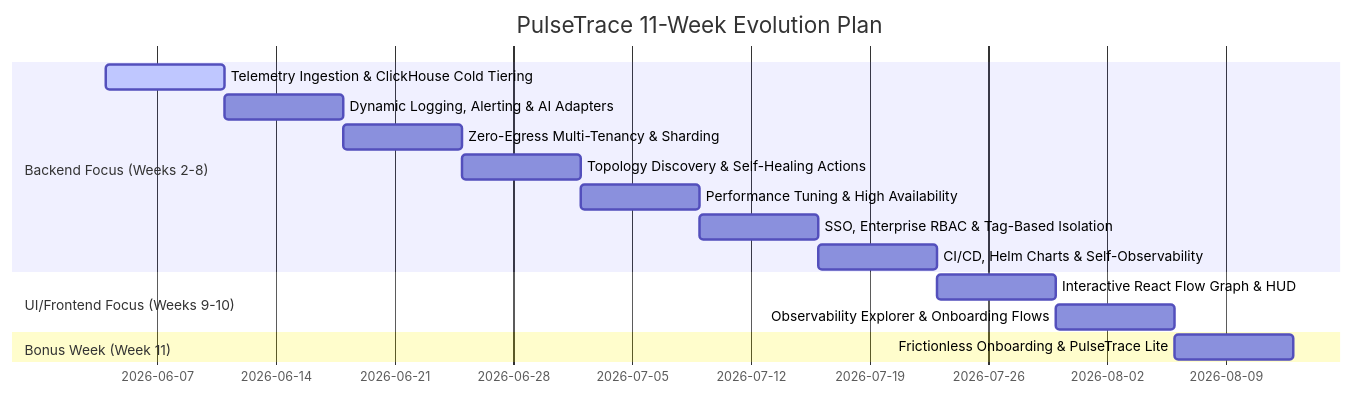
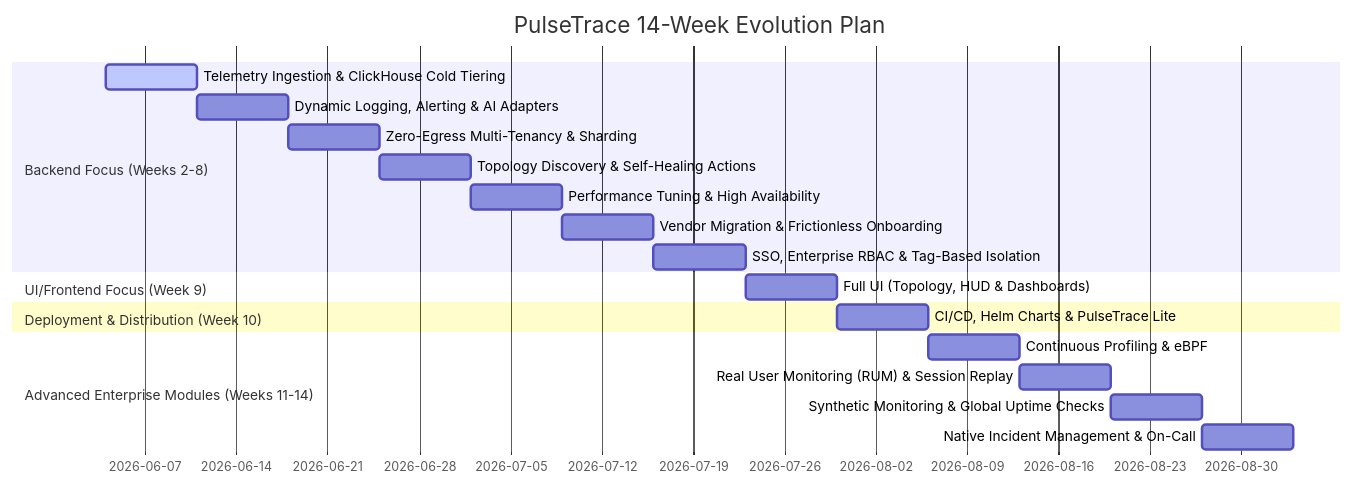
The diagram in ROADMAP.md (Abhidalbanjan/pulse-trace), drawn with Mermaid before and after one commit. The commit also changed other lines of this file and 137 other files, not shown here.

````diff
--- a/ROADMAP.md
+++ b/ROADMAP.md
@@ -9,18 +16,22 @@
 ```mermaid
 gantt
-    title PulseTrace 11-Week Evolution Plan
+    title PulseTrace 14-Week Evolution Plan
     dateFormat  YYYY-MM-DD
     section Backend Focus (Weeks 2-8)
     Telemetry Ingestion & ClickHouse Cold Tiering :active, w2, 2026-06-04, 7d
     Dynamic Logging, Alerting & AI Adapters      :w3, after w2, 7d
     Zero-Egress Multi-Tenancy & Sharding         :w4, after w3, 7d
     Topology Discovery & Self-Healing Actions    :w5, after w4, 7d
     Performance Tuning & High Availability        :w6, after w5, 7d
-    SSO, Enterprise RBAC & Tag-Based Isolation   :w7, after w6, 7d
-    CI/CD, Helm Charts & Self-Observability      :w8, after w7, 7d
-    section UI/Frontend Focus (Weeks 9-10)
-    Interactive React Flow Graph & HUD           :w9, after w8, 7d
-    Observability Explorer & Onboarding Flows      :w10, after w9, 7d
-    section Bonus Week (Week 11)
-    Frictionless Onboarding & PulseTrace Lite     :w11, after w10, 7d
+    Vendor Migration & Frictionless Onboarding    :w7, after w6, 7d
+    SSO, Enterprise RBAC & Tag-Based Isolation    :w8, after w7, 7d
+    section UI/Frontend Focus (Week 9)
+    Full UI (Topology, HUD & Dashboards)          :w9, after w8, 7d
+    section Deployment & Distribution (Week 10)
+    CI/CD, Helm Charts & PulseTrace Lite          :w10, after w9, 7d
+    section Advanced Enterprise Modules (Weeks 11-14)
+    Continuous Profiling & eBPF                   :w11, after w10, 7d
+    Real User Monitoring (RUM) & Session Replay   :w12, after w11, 7d
+    Synthetic Monitoring & Global Uptime Checks   :w13, after w12, 7d
+    Native Incident Management & On-Call          :w14, after w13, 7d
 ```
````
